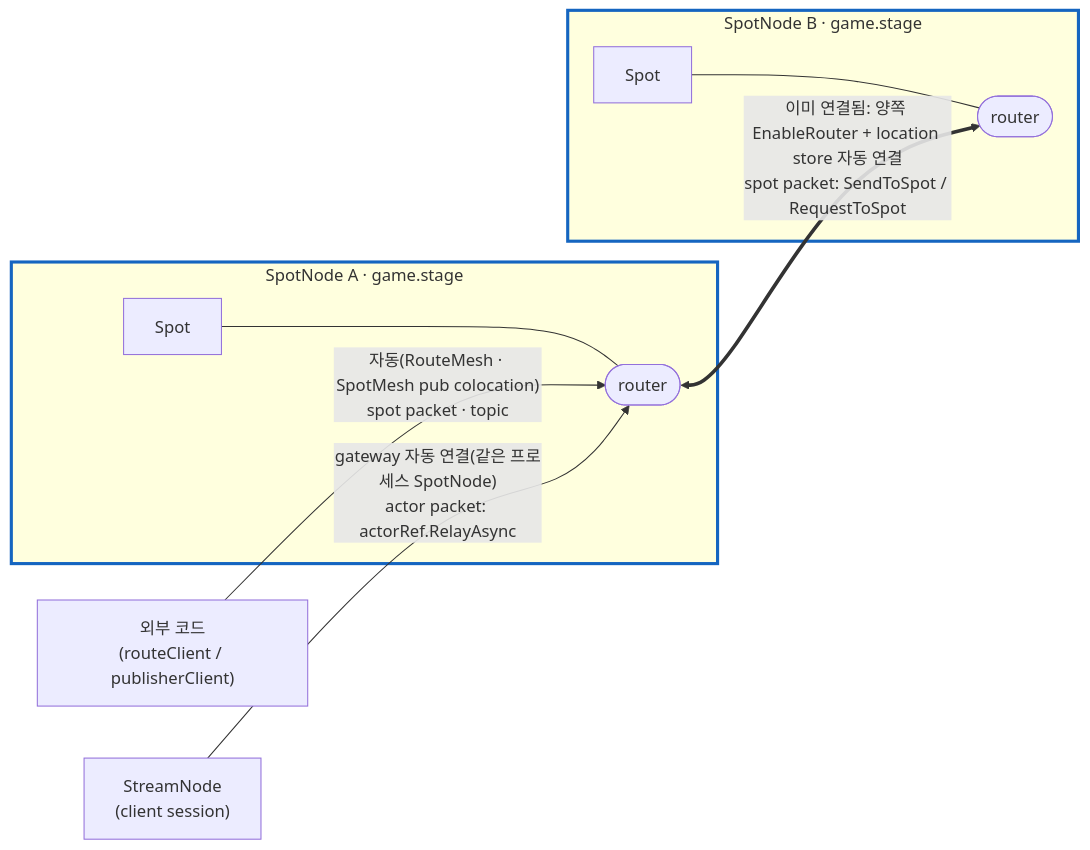
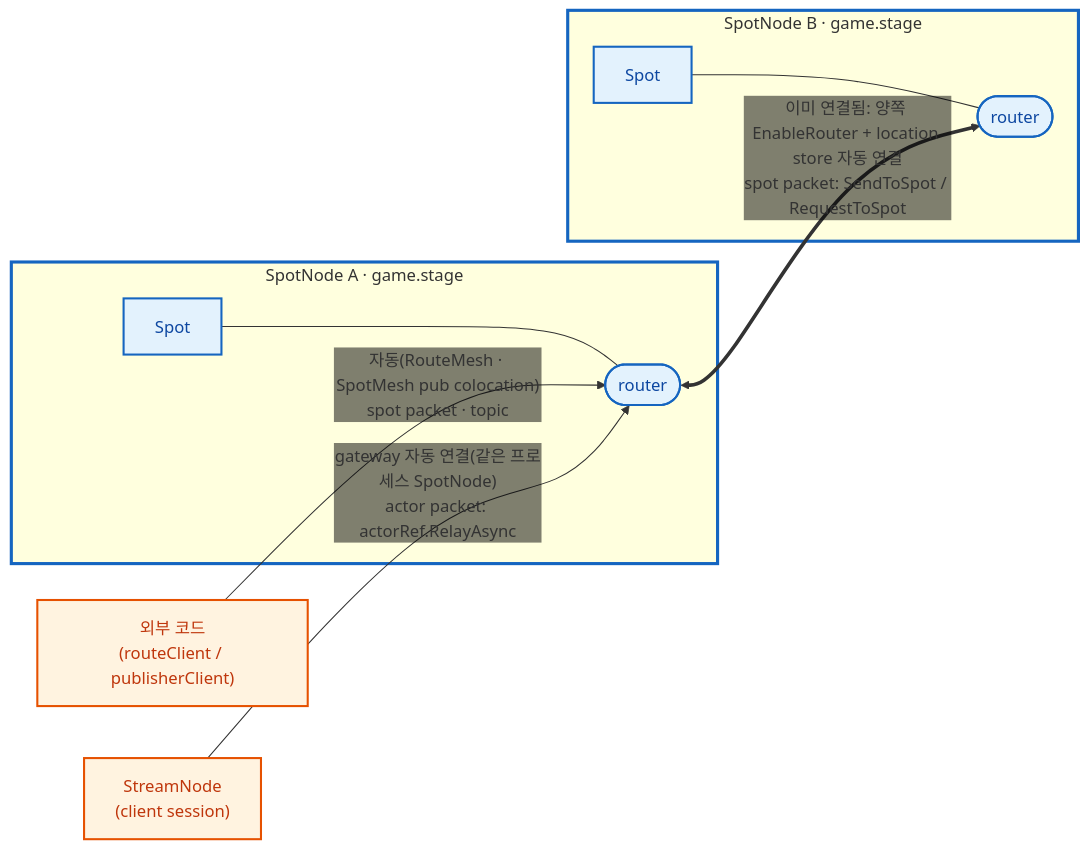
One commit to kairos-code-dev/zlink changed the seventh of 8 diagrams in framework/doc/framework/dotnet/guide/05-spot.ko.md. Above: the diagram before and after it, drawn with Mermaid. The commit also changed other lines of this file and 19 other files, not shown here.

First line of the commit message:
docs(dotnet): 가이드 전반 노드 용어 정리·SpotRef 반영·다이어그램 배경 수정

````diff
--- a/framework/doc/framework/dotnet/guide/05-spot.ko.md
+++ b/framework/doc/framework/dotnet/guide/05-spot.ko.md
@@ -788,14 +794,19 @@
 ```mermaid
+%%{init: {'themeVariables': {'edgeLabelBackground':'transparent'}}}%%
 flowchart LR
   subgraph nodeA["SpotNode A · game.stage"]
     spotA["Spot"] --- rA(["router"])
   end
   subgraph nodeB["SpotNode B · game.stage"]
     spotB["Spot"] --- rB(["router"])
   end
   rA <==>|"이미 연결됨: 양쪽 EnableRouter + location store 자동 연결<br/>spot packet: SendToSpot / RequestToSpot"| rB
   api["외부 코드<br/>(routeClient / publisherClient)"] -->|"자동(RouteMesh · SpotMesh pub colocation)<br/>spot packet · topic"| rA
   strm["StreamNode<br/>(client session)"] -->|"gateway 자동 연결(같은 프로세스 SpotNode)<br/>actor packet: actorRef.RelayAsync"| rA
+  classDef ownMesh fill:#e3f2fd,stroke:#1565c0,stroke-width:2px,color:#0d47a1;
+  classDef ext fill:#fff3e0,stroke:#e65100,stroke-width:2px,color:#bf360c;
+  class spotA,spotB,rA,rB ownMesh;
+  class api,strm ext;
   style nodeA stroke:#1565c0,stroke-width:3px
   style nodeB stroke:#1565c0,stroke-width:3px
 ```
````
